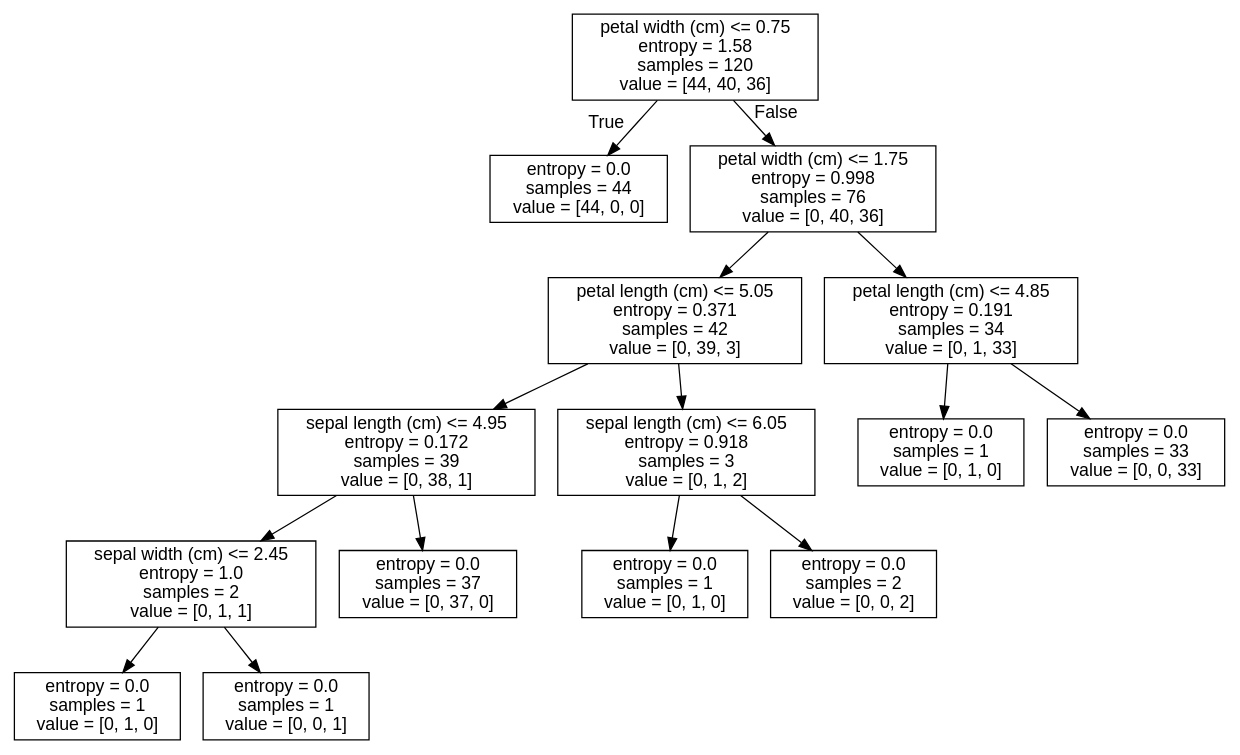
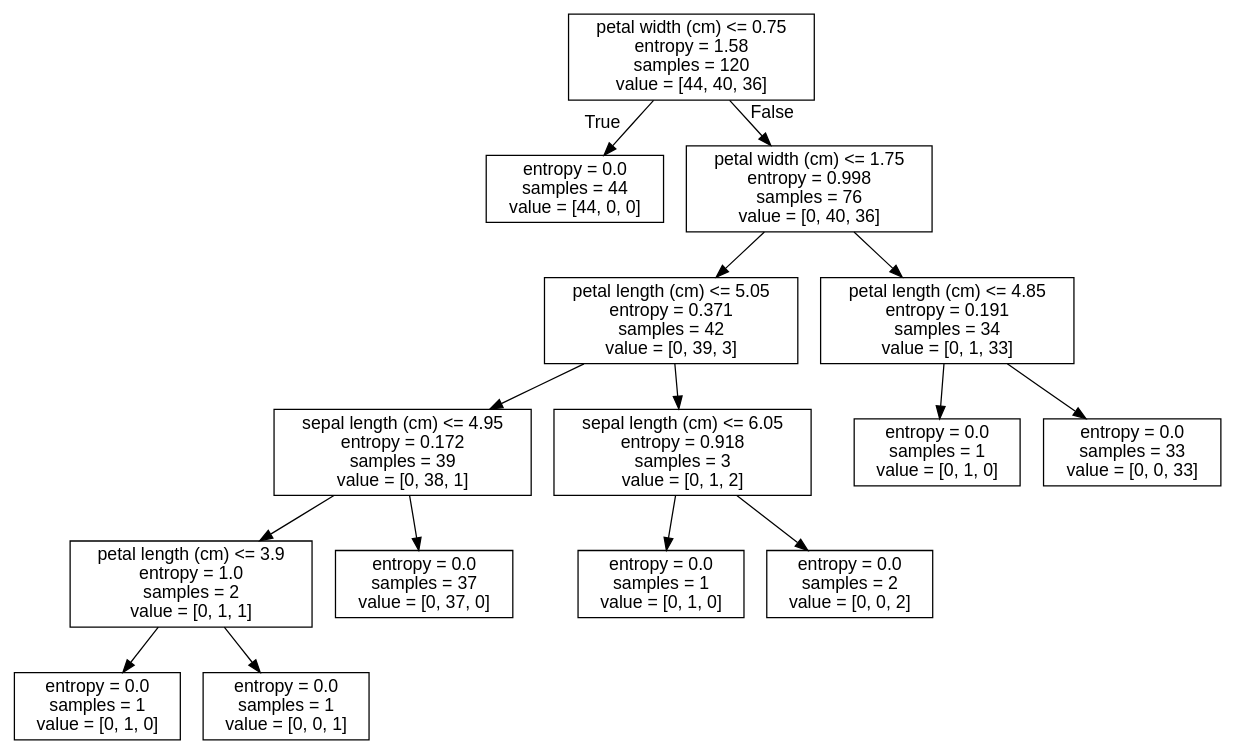
Before and after one commit to github-bowen/AI-Learning-Notes: the diagram in output/iris_tree.dot, drawn with Graphviz. The commit also changed 5 other files, not shown here.

```diff
--- a/output/iris_tree.dot
+++ b/output/iris_tree.dot
@@ -1,33 +1,33 @@
 digraph Tree {
 node [shape=box, fontname="helvetica"] ;
 edge [fontname="helvetica"] ;
 0 [label="petal width (cm) <= 0.75\nentropy = 1.58\nsamples = 120\nvalue = [44, 40, 36]"] ;
 1 [label="entropy = 0.0\nsamples = 44\nvalue = [44, 0, 0]"] ;
 0 -> 1 [labeldistance=2.5, labelangle=45, headlabel="True"] ;
 2 [label="petal width (cm) <= 1.75\nentropy = 0.998\nsamples = 76\nvalue = [0, 40, 36]"] ;
 0 -> 2 [labeldistance=2.5, labelangle=-45, headlabel="False"] ;
 3 [label="petal length (cm) <= 5.05\nentropy = 0.371\nsamples = 42\nvalue = [0, 39, 3]"] ;
 2 -> 3 ;
 4 [label="sepal length (cm) <= 4.95\nentropy = 0.172\nsamples = 39\nvalue = [0, 38, 1]"] ;
 3 -> 4 ;
-5 [label="sepal width (cm) <= 2.45\nentropy = 1.0\nsamples = 2\nvalue = [0, 1, 1]"] ;
+5 [label="petal length (cm) <= 3.9\nentropy = 1.0\nsamples = 2\nvalue = [0, 1, 1]"] ;
 4 -> 5 ;
 6 [label="entropy = 0.0\nsamples = 1\nvalue = [0, 1, 0]"] ;
 5 -> 6 ;
 7 [label="entropy = 0.0\nsamples = 1\nvalue = [0, 0, 1]"] ;
 5 -> 7 ;
 8 [label="entropy = 0.0\nsamples = 37\nvalue = [0, 37, 0]"] ;
 4 -> 8 ;
 9 [label="sepal length (cm) <= 6.05\nentropy = 0.918\nsamples = 3\nvalue = [0, 1, 2]"] ;
 3 -> 9 ;
 10 [label="entropy = 0.0\nsamples = 1\nvalue = [0, 1, 0]"] ;
 9 -> 10 ;
 11 [label="entropy = 0.0\nsamples = 2\nvalue = [0, 0, 2]"] ;
 9 -> 11 ;
 12 [label="petal length (cm) <= 4.85\nentropy = 0.191\nsamples = 34\nvalue = [0, 1, 33]"] ;
 2 -> 12 ;
 13 [label="entropy = 0.0\nsamples = 1\nvalue = [0, 1, 0]"] ;
 12 -> 13 ;
 14 [label="entropy = 0.0\nsamples = 33\nvalue = [0, 0, 33]"] ;
 12 -> 14 ;
 }
```
